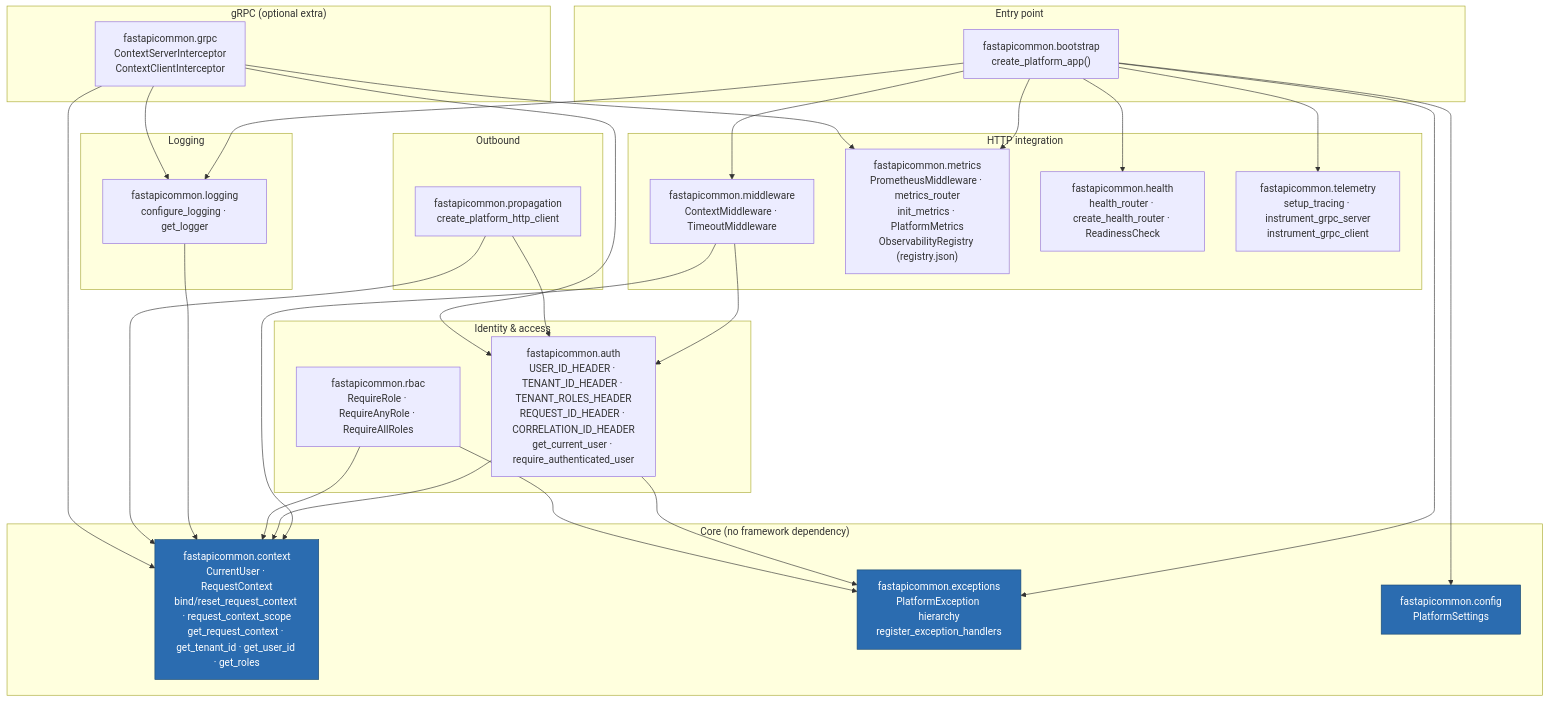
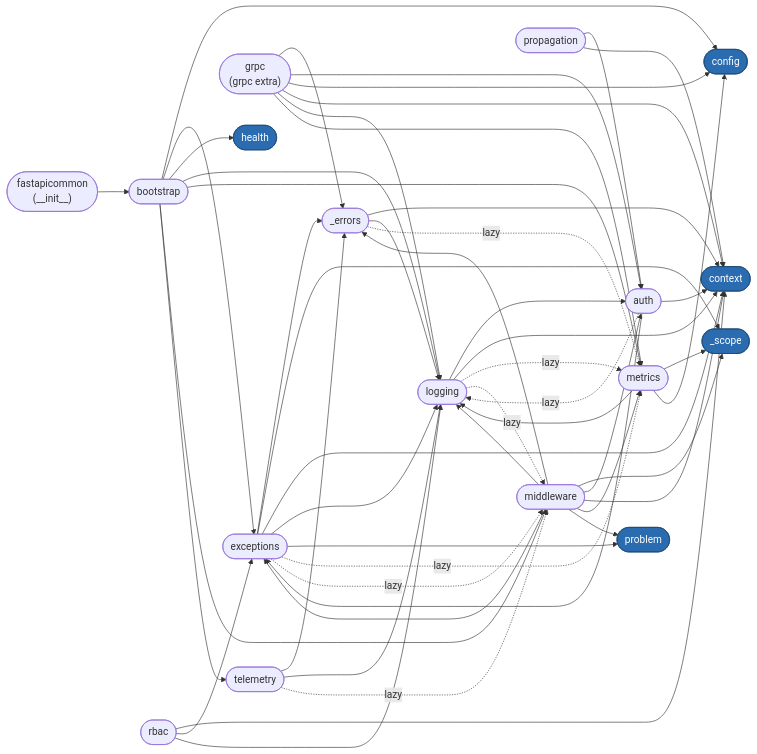
Before and after one commit to BCBP-SOLUTIONS-FZC-LLC/platform-fastapicommon: the second of 16 diagrams in ARCHITECTURE.md, drawn with Mermaid. The commit also changed other lines of this file and 141 other files, not shown here.

First line of the commit message:
feat!: align logs, metrics and traces with platform-gincommon v2; CI/CD port; production-readiness fixes (#25)

````diff
--- a/ARCHITECTURE.md
+++ b/ARCHITECTURE.md
@@ -34,61 +103,82 @@
 ```mermaid
-graph TD
-    subgraph pub["Entry point"]
-        bootstrap["fastapicommon.bootstrap\ncreate_platform_app()"]
-    end
+graph LR
+    init(["fastapicommon<br/>(__init__)"])
+    bootstrap(["bootstrap"])
+    middleware(["middleware"])
+    exceptions(["exceptions"])
+    grpc(["grpc<br/>(grpc extra)"])
+    telemetry(["telemetry"])
+    metrics(["metrics"])
+    logging(["logging"])
+    auth(["auth"])
+    rbac(["rbac"])
+    propagation(["propagation"])
+    health(["health"])
+    problem(["problem"])
+    context(["context"])
+    config(["config"])
+    errors(["_errors"])
+    scope(["_scope"])
 
-    subgraph http["HTTP integration"]
-        middleware["fastapicommon.middleware\nContextMiddleware · TimeoutMiddleware"]
-        metrics["fastapicommon.metrics\nPrometheusMiddleware · metrics_router\ninit_metrics · PlatformMetrics\nObservabilityRegistry (registry.json)"]
-        health["fastapicommon.health\nhealth_router · create_health_router · ReadinessCheck"]
-        telemetry["fastapicommon.telemetry\nsetup_tracing · instrument_grpc_server\ninstrument_grpc_client"]
-    end
+    init --> bootstrap
+    bootstrap --> config
+    bootstrap --> exceptions
+    bootstrap --> health
+    bootstrap --> logging
+    bootstrap --> metrics
+    bootstrap --> middleware
+    bootstrap --> telemetry
 
-    subgraph identity["Identity & access"]
-        auth["fastapicommon.auth\nUSER_ID_HEADER · TENANT_ID_HEADER · TENANT_ROLES_HEADER\nREQUEST_ID_HEADER · CORRELATION_ID_HEADER\nget_current_user · require_authenticated_user"]
-        rbac["fastapicommon.rbac\nRequireRole · RequireAnyRole · RequireAllRoles"]
-    end
+    middleware --> errors
+    middleware --> scope
+    middleware --> auth
+    middleware --> context
+    middleware --> exceptions
+    middleware --> logging
+    middleware --> metrics
+    middleware --> problem
 
-    subgraph core["Core (no framework dependency)"]
-        context["fastapicommon.context\nCurrentUser · RequestContext\nbind/reset_request_context · request_context_scope\nget_request_context · get_tenant_id · get_user_id · get_roles"]
-        exceptions["fastapicommon.exceptions\nPlatformException hierarchy\nregister_exception_handlers"]
-        config["fastapicommon.config\nPlatformSettings"]
-    end
+    exceptions --> errors
+    exceptions --> scope
+    exceptions --> context
+    exceptions --> logging
+    exceptions --> problem
+    exceptions -.->|lazy| metrics
+    exceptions -.->|lazy| middleware
 
-    subgraph outbound["Outbound"]
-        propagation["fastapicommon.propagation\ncreate_platform_http_client"]
-    end
-
-    subgraph grpcmod["gRPC (optional extra)"]
-        grpc["fastapicommon.grpc\nContextServerInterceptor\nContextClientInterceptor"]
-    end
-
-    subgraph logmod["Logging"]
-        logging["fastapicommon.logging\nconfigure_logging · get_logger"]
-    end
-
-    bootstrap --> config
-    bootstrap --> middleware
-    bootstrap --> metrics
-    bootstrap --> health
-    bootstrap --> telemetry
-    bootstrap --> exceptions
-    bootstrap --> logging
-
-    middleware --> context
-    middleware --> auth
-    auth --> context
-    auth --> exceptions
-    rbac --> context
-    rbac --> exceptions
-    logging --> context
-    propagation --> context
-    propagation --> auth
+    grpc --> errors
+    grpc --> auth
+    grpc --> config
     grpc --> context
-    grpc --> auth
     grpc --> logging
     grpc --> metrics
 
-    classDef core fill:#2b6cb0,color:#fff,stroke:#1a4971
-    class context,exceptions,config core
+    telemetry --> errors
+    telemetry --> logging
+    telemetry -.->|lazy| middleware
+
+    metrics --> scope
+    metrics --> config
+    metrics --> logging
+
+    logging --> auth
+    logging --> context
+    logging -.->|lazy| metrics
+    logging -.->|lazy| middleware
+
+    auth --> context
+    auth --> exceptions
+    auth -.->|lazy| logging
+    rbac --> context
+    rbac --> exceptions
+    rbac --> logging
+    propagation --> auth
+    propagation --> context
+
+    errors --> context
+    errors --> logging
+    errors -.->|lazy| metrics
+
+    classDef leaf fill:#2b6cb0,color:#fff,stroke:#1a4971
+    class context,config,problem,health,scope leaf
 ```
````
